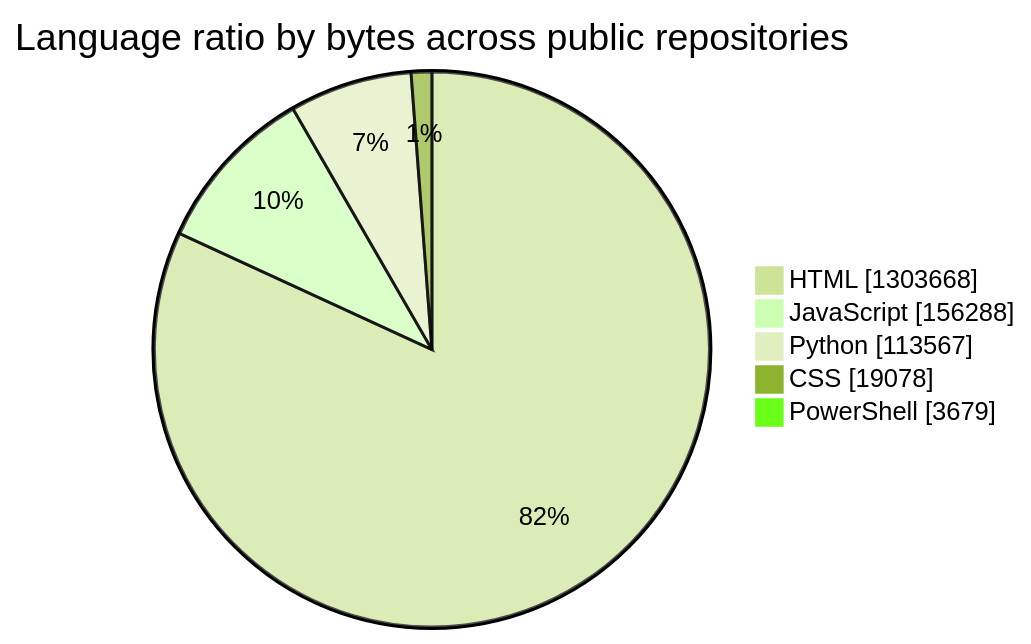
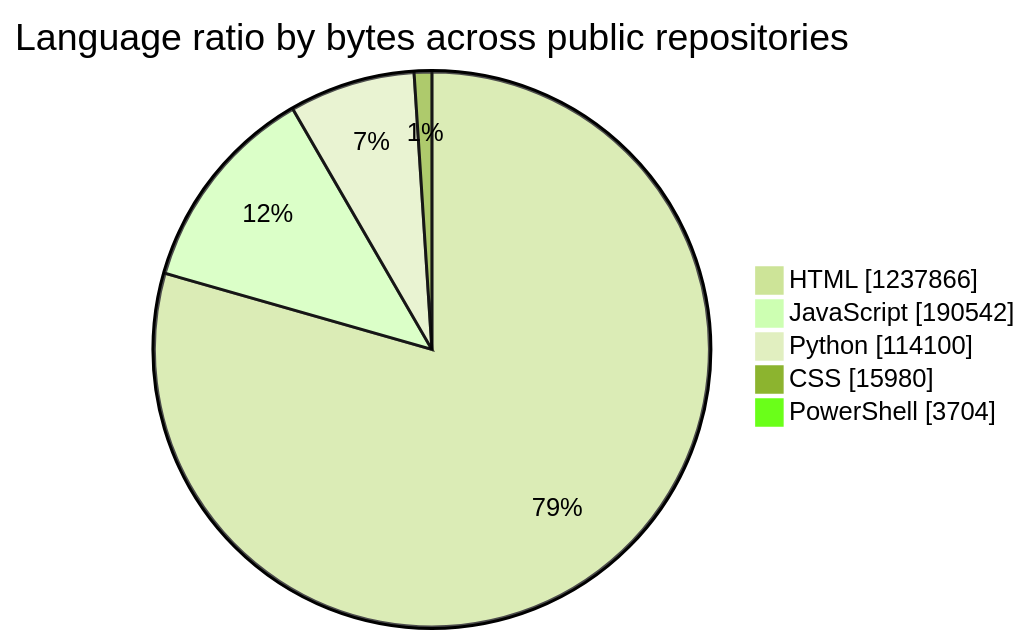
The first of 2 diagrams in README.md (tchinso/tchinso), drawn with Mermaid (forest theme) before and after one commit. The commit also changed other lines of this file, not shown here.

````diff
--- a/README.md
+++ b/README.md
@@ -28,9 +23,9 @@
 ```mermaid
 pie showData
     title Language ratio by bytes across public repositories
-    "HTML" : 1303668
-    "JavaScript" : 156288
-    "Python" : 113567
-    "CSS" : 19078
-    "PowerShell" : 3679
+    "HTML" : 1237866
+    "JavaScript" : 190542
+    "Python" : 114100
+    "CSS" : 15980
+    "PowerShell" : 3704
 ```
````
